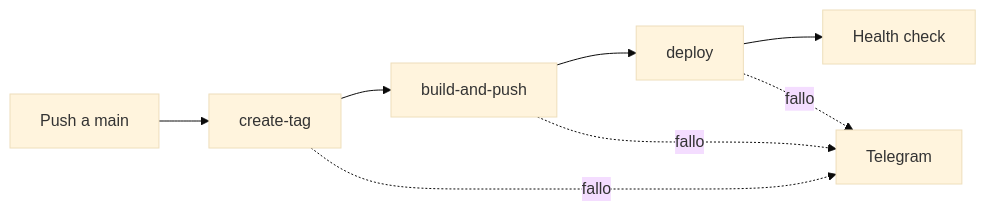
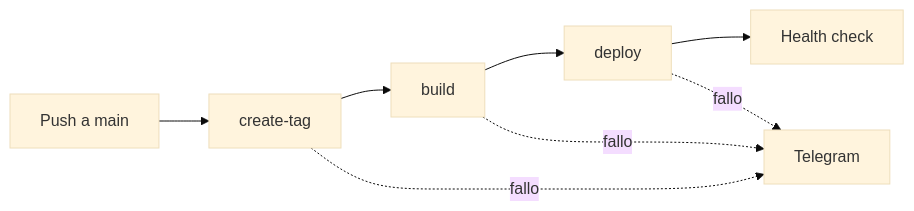
The sixth of 6 diagrams in README.md (monghit-server/test-deploy), drawn with Mermaid (base theme) before and after one commit. The commit also changed other lines of this file and 2 other files, not shown here.

````diff
--- a/README.md
+++ b/README.md
@@ -371,10 +483,10 @@
 ```mermaid
 graph LR
     A[Push a main] --> B[create-tag]
-    B --> C[build-and-push]
+    B --> C[build]
     C --> D[deploy]
     D --> E[Health check]
     B -.->|fallo| T[Telegram]
     C -.->|fallo| T
     D -.->|fallo| T
 ```
````
